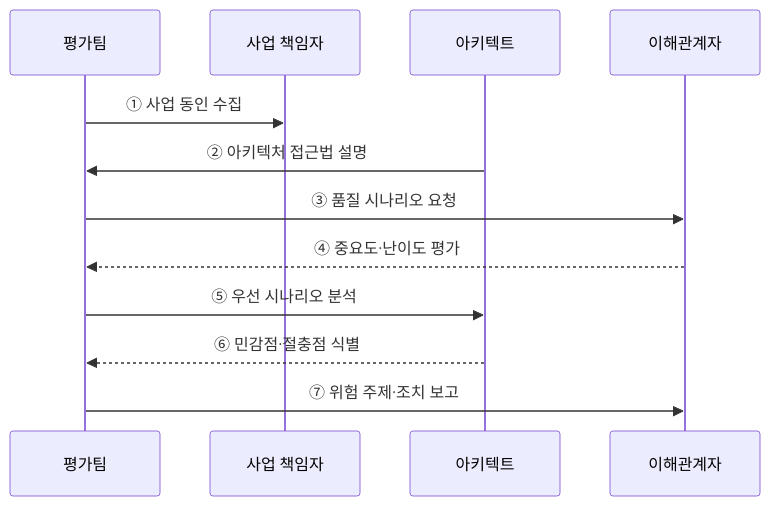
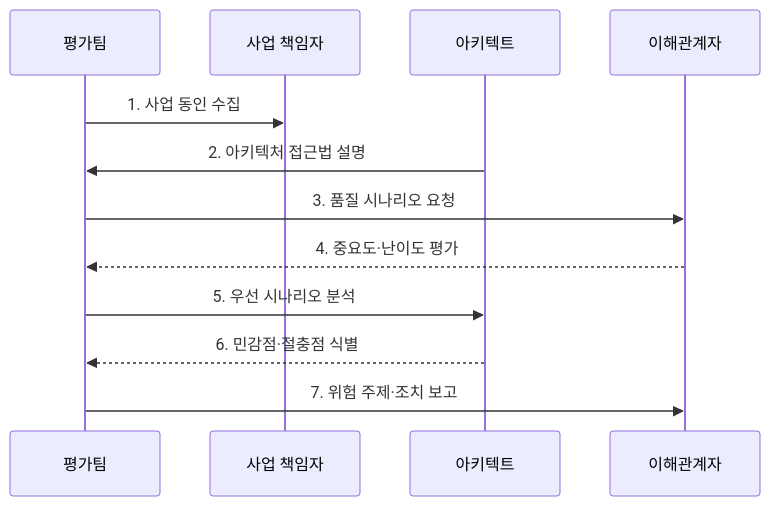
Before and after one commit to agnusdei1207/knowledge-base: the second of 2 diagrams in src/content/docs/notes/03-software/071_atam.md, drawn with Mermaid. The commit also changed other lines of this file and 20 other files, not shown here.

````diff
--- a/src/content/docs/notes/03-software/071_atam.md
+++ b/src/content/docs/notes/03-software/071_atam.md
@@ -69,14 +79,14 @@
 ```mermaid
 sequenceDiagram
     participant E as 평가팀
     participant B as 사업 책임자
     participant A as 아키텍트
     participant S as 이해관계자
-    E->>B: ① 사업 동인 수집
-    A->>E: ② 아키텍처 접근법 설명
-    E->>S: ③ 품질 시나리오 요청
-    S-->>E: ④ 중요도·난이도 평가
-    E->>A: ⑤ 우선 시나리오 분석
-    A-->>E: ⑥ 민감점·절충점 식별
-    E->>S: ⑦ 위험 주제·조치 보고
+    E->>B: 1. 사업 동인 수집
+    A->>E: 2. 아키텍처 접근법 설명
+    E->>S: 3. 품질 시나리오 요청
+    S-->>E: 4. 중요도·난이도 평가
+    E->>A: 5. 우선 시나리오 분석
+    A-->>E: 6. 민감점·절충점 식별
+    E->>S: 7. 위험 주제·조치 보고
 ```
````
